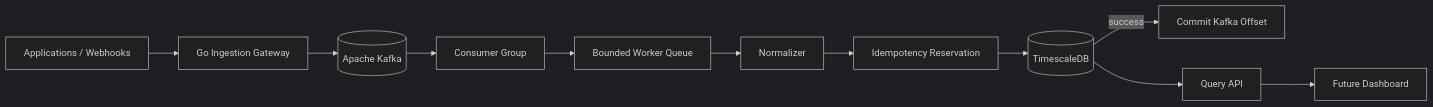
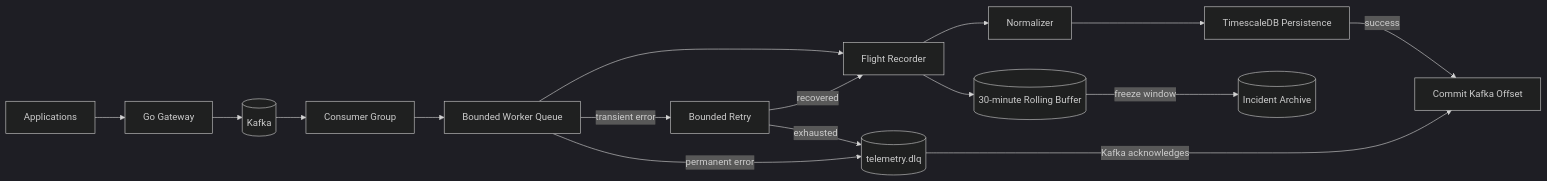
Before and after one commit to fuhrdan/TelemetryForge: the diagram in README.md, drawn with Mermaid (dark theme). The commit also changed other lines of this file and 41 other files, not shown here.

Commit message:
feat: add reliability pipeline and incident flight recorder

````diff
--- a/README.md
+++ b/README.md
@@ -33,14 +34,20 @@
 ```mermaid
 flowchart LR
-    A[Applications / Webhooks] --> G[Go Ingestion Gateway]
-    G --> K[(Apache Kafka)]
+    A[Applications] --> G[Go Gateway]
+    G --> K[(Kafka)]
     K --> C[Consumer Group]
     C --> Q[Bounded Worker Queue]
-    Q --> N[Normalizer]
-    N --> D[Idempotency Reservation]
-    D --> T[(TimescaleDB)]
-    T -->|success| O[Commit Kafka Offset]
+    Q --> F[Flight Recorder]
+    F --> N[Normalizer]
+    N --> P[TimescaleDB Persistence]
+    P -->|success| O[Commit Kafka Offset]
 
-    T --> R[Query API]
-    R --> U[Future Dashboard]
+    F --> B[(30-minute Rolling Buffer)]
+    B -->|freeze window| I[(Incident Archive)]
+
+    Q -->|transient error| R[Bounded Retry]
+    R -->|recovered| F
+    R -->|exhausted| D[(telemetry.dlq)]
+    Q -->|permanent error| D
+    D -->|Kafka acknowledges| O
 ```
````
